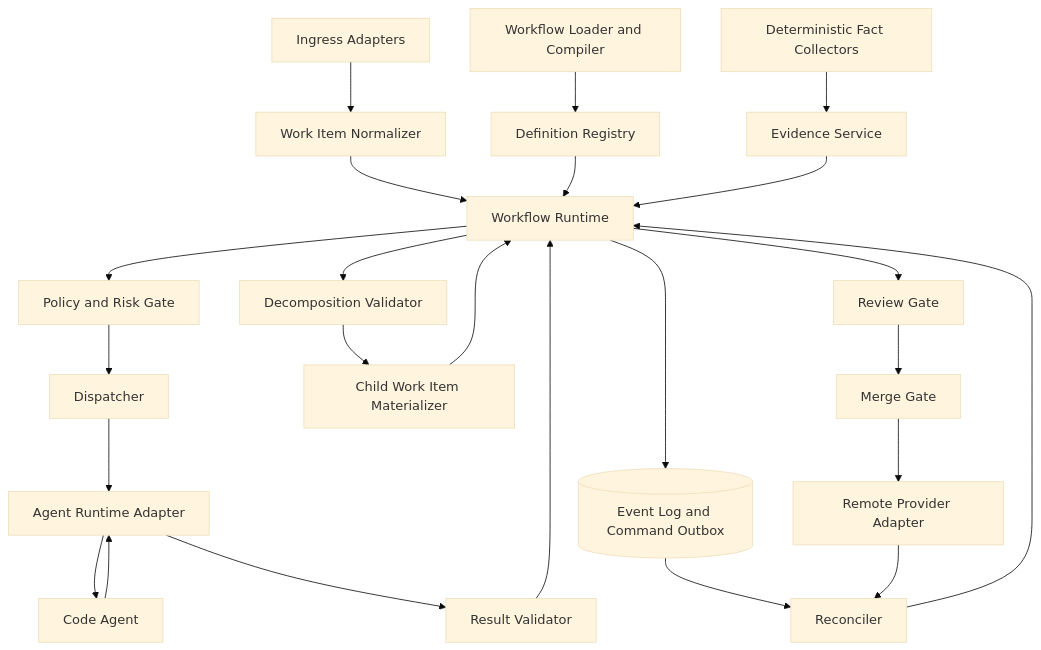
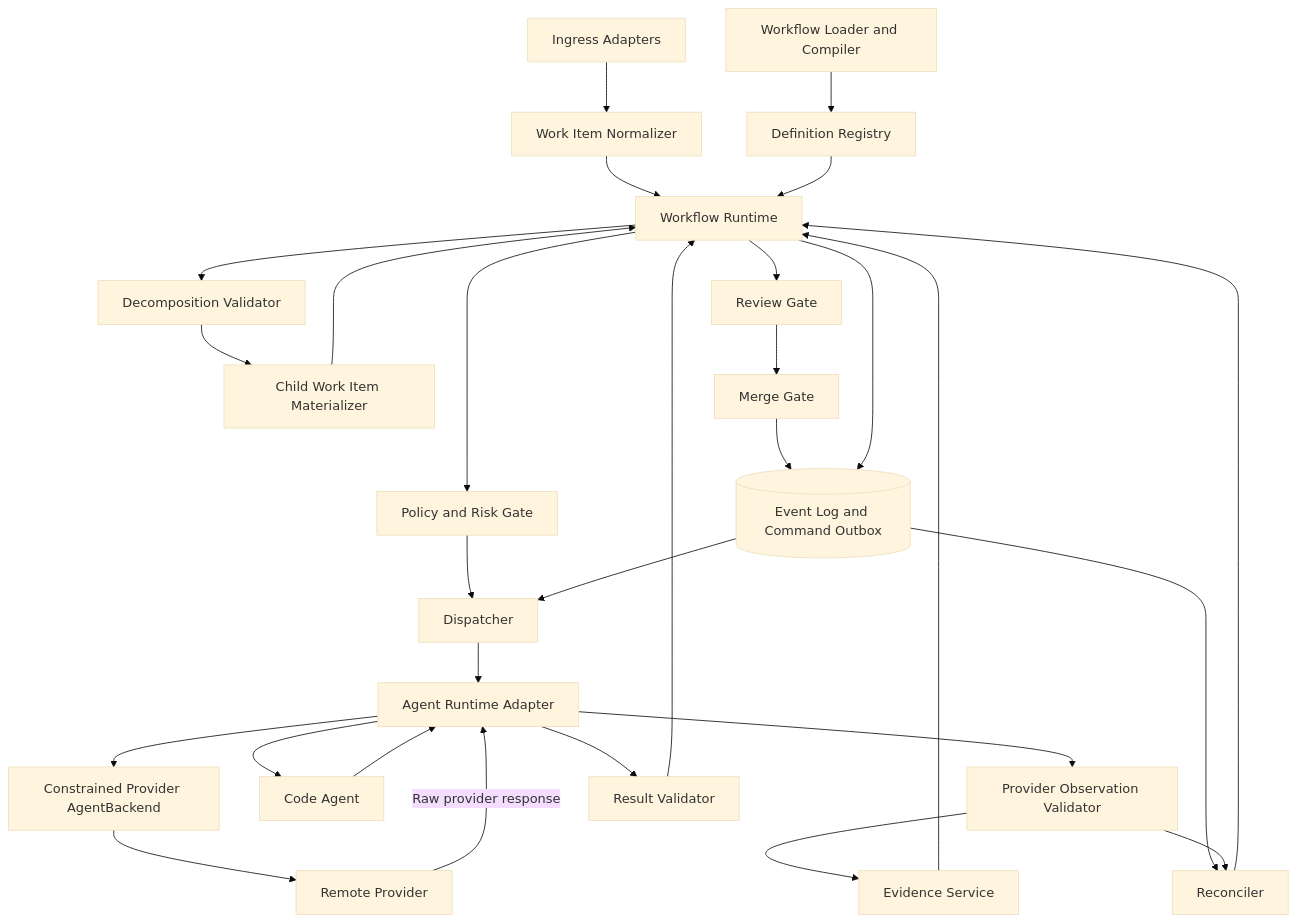
Before and after one commit to majiayu000/harness: the second of 4 diagrams in docs/workflow-first-autonomous-change-rfc.md, drawn with Mermaid (base theme). The commit also changed other lines of this file and 3 other files, not shown here.

````diff
--- a/docs/workflow-first-autonomous-change-rfc.md
+++ b/docs/workflow-first-autonomous-change-rfc.md
@@ -201,32 +204,37 @@
 ```mermaid
 flowchart TD
     IA[Ingress Adapters] --> N[Work Item Normalizer]
     N --> WR[Workflow Runtime]
 
     WL[Workflow Loader and Compiler] --> DR[Definition Registry]
     DR --> WR
 
-    FC[Deterministic Fact Collectors] --> ES[Evidence Service]
+    FV[Provider Observation Validator] --> ES[Evidence Service]
     ES --> WR
 
     WR --> PG[Policy and Risk Gate]
     PG --> D[Dispatcher]
     D --> AR[Agent Runtime Adapter]
     AR --> X[Code Agent]
+    AR --> PA[Constrained Provider AgentBackend]
+    PA --> G[Remote Provider]
+    G -->|Raw provider response| AR
     X --> AR
     AR --> RV[Result Validator]
+    AR --> FV
     RV --> WR
 
     WR --> DV[Decomposition Validator]
     DV --> CW[Child Work Item Materializer]
     CW --> WR
 
     WR --> RG[Review Gate]
     RG --> MG[Merge Gate]
-    MG --> RP[Remote Provider Adapter]
+    MG --> EV
 
     WR --> EV[(Event Log and Command Outbox)]
+    EV --> D
     EV --> RC[Reconciler]
-    RP --> RC
+    FV --> RC
     RC --> WR
 ```
````
